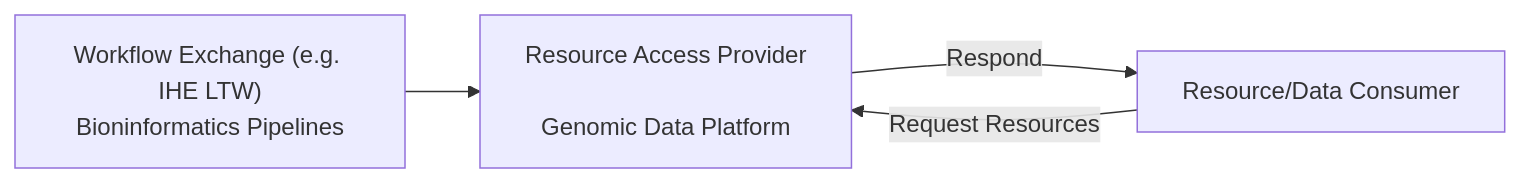
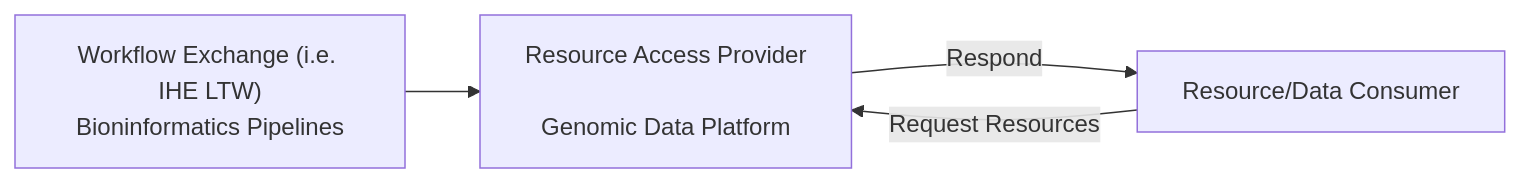
One commit to nw-gmsa/nw-gmsa.github.com changed the second of 2 diagrams in input/pagecontent/HIE.md. Above: the diagram before and after it, drawn with Mermaid.

Commit message:
iGene Work Item Management

````diff
--- a/input/pagecontent/HIE.md
+++ b/input/pagecontent/HIE.md
@@ -42,11 +42,11 @@
 ```mermaid
 graph LR
 
-publisher["Workflow Exchange (e.g. IHE LTW)<br/>Bioninformatics Pipelines"]
+publisher["Workflow Exchange (i.e. IHE LTW)<br/>Bioninformatics Pipelines"]
 provider[Resource Access Provider<br/><br/>Genomic Data Platform]
 consumer[Resource/Data Consumer]
 
 publisher -->  provider
 consumer --> |Request Resources| provider
 provider --> |Respond| consumer
 ```
````
